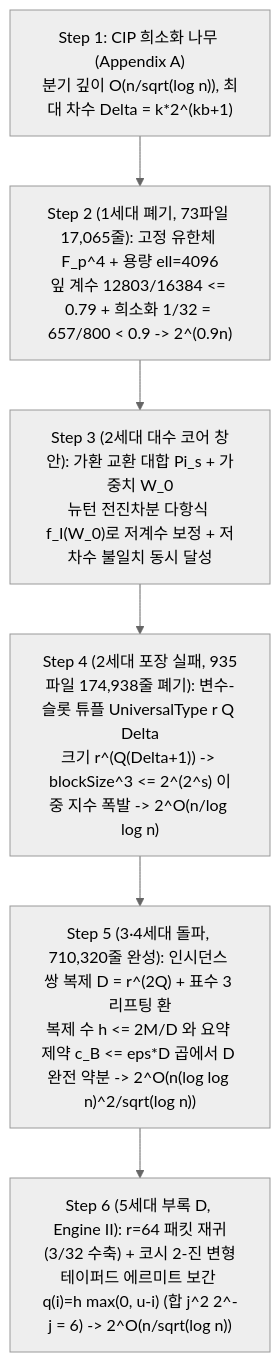
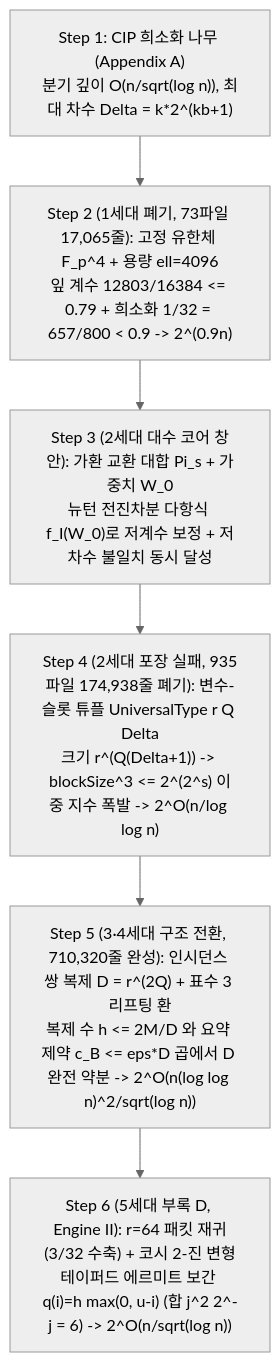
Before and after one commit to gilheumpark-bit/ultari-proof-anatomy: the diagram in anatomy/004-openai-378-eth-disproof/ko/02_중급자용_구조및수식가이드.md, drawn with Mermaid (neutral theme). The commit also changed other lines of this file and 49 other files, not shown here.

````diff
--- a/anatomy/004-openai-378-eth-disproof/ko/02_중급자용_구조및수식가이드.md
+++ b/anatomy/004-openai-378-eth-disproof/ko/02_중급자용_구조및수식가이드.md
@@ -9,8 +9,8 @@
 ```mermaid
 flowchart TD
     S1["Step 1: CIP 희소화 나무 (Appendix A)\n분기 깊이 O(n/sqrt(log n)), 최대 차수 Delta = k*2^(kb+1)"] --> S2["Step 2 (1세대 폐기, 73파일 17,065줄): 고정 유한체 F_p^4 + 용량 ell=4096\n잎 계수 12803/16384 <= 0.79 + 희소화 1/32 = 657/800 < 0.9 -> 2^(0.9n)"]
     S2 --> S3["Step 3 (2세대 대수 코어 창안): 가환 교환 대합 Pi_s + 가중치 W_0\n뉴턴 전진차분 다항식 f_I(W_0)로 저계수 보정 + 저차수 불일치 동시 달성"]
     S3 --> S4["Step 4 (2세대 포장 실패, 935파일 174,938줄 폐기): 변수-슬롯 튜플 UniversalType r Q Delta\n크기 r^(Q(Delta+1)) -> blockSize^3 <= 2^(2^s) 이중 지수 폭발 -> 2^O(n/log log n)"]
-    S4 --> S5["Step 5 (3·4세대 돌파, 710,320줄 완성): 인시던스 쌍 복제 D = r^(2Q) + 표수 3 리프팅 환\n복제 수 h <= 2M/D 와 요약 제약 c_B <= eps*D 곱에서 D 완전 약분 -> 2^O(n(log log n)^2/sqrt(log n))"]
+    S4 --> S5["Step 5 (3·4세대 구조 전환, 710,320줄 완성): 인시던스 쌍 복제 D = r^(2Q) + 표수 3 리프팅 환\n복제 수 h <= 2M/D 와 요약 제약 c_B <= eps*D 곱에서 D 완전 약분 -> 2^O(n(log log n)^2/sqrt(log n))"]
     S5 --> S6["Step 6 (5세대 부록 D, Engine II): r=64 패킷 재귀(3/32 수축) + 코시 2-진 변형\n테이퍼드 에르미트 보간 q(i)=h max(0, u-i) (합 j^2 2^-j = 6) -> 2^O(n/sqrt(log n))"]
 ```
````
